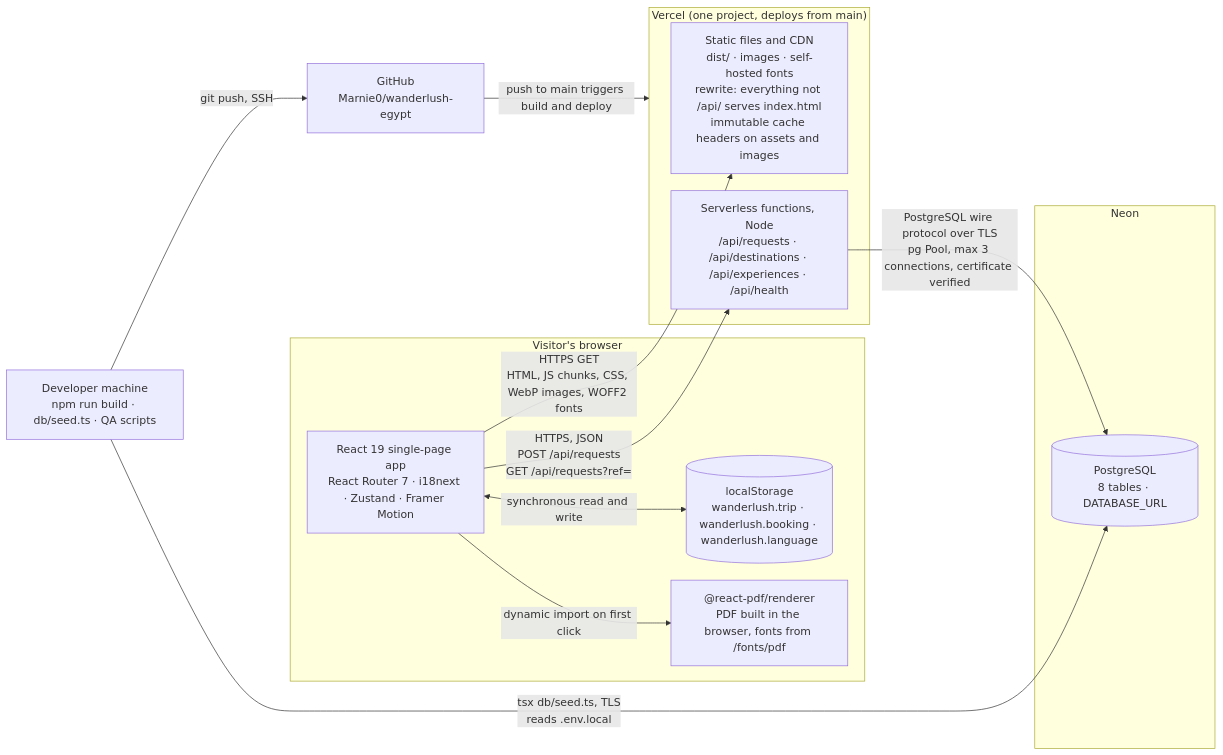
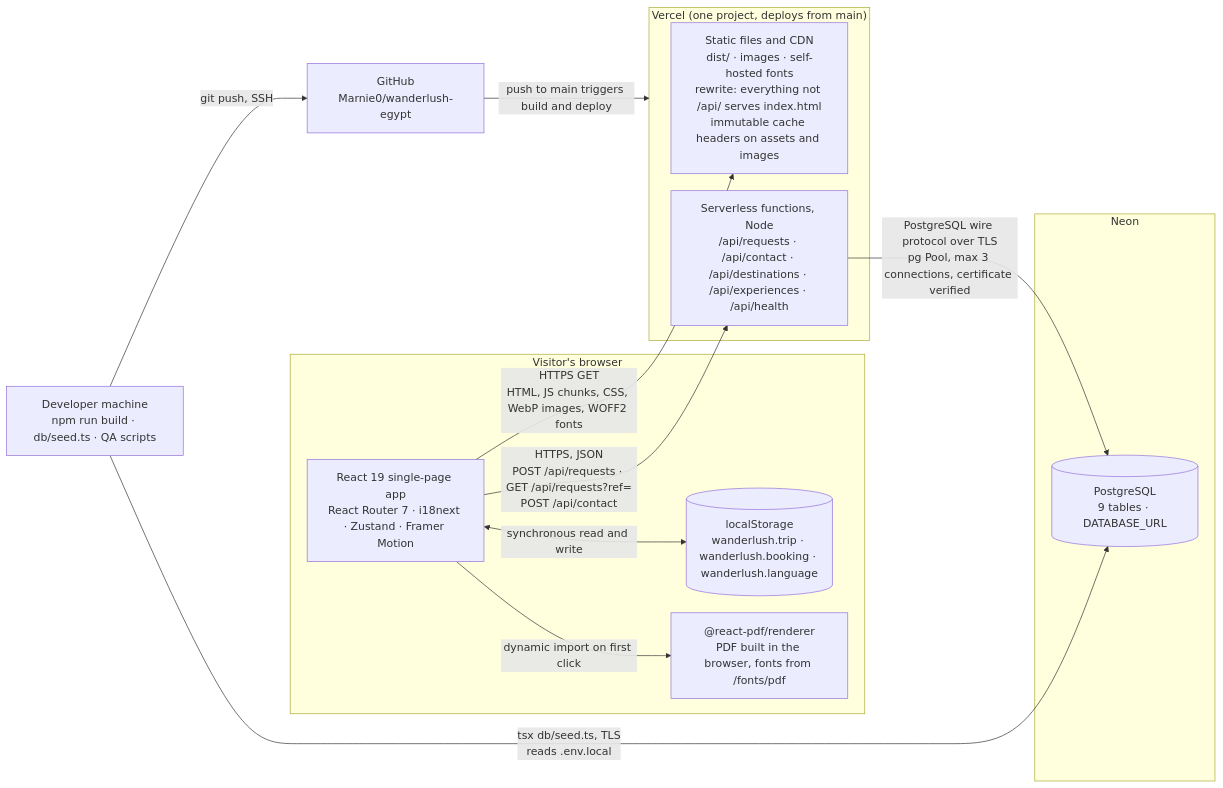
One commit to Marnie0/wanderlush-egypt changed the first of 2 diagrams in docs/case-study.md. Above: the diagram before and after it, drawn with Mermaid. The commit also changed other lines of this file and 25 other files, not shown here.

````diff
--- a/docs/case-study.md
+++ b/docs/case-study.md
@@ -40,30 +42,30 @@
 ```mermaid
 %%{init: {"flowchart": {"nodeSpacing": 25, "rankSpacing": 50}}}%%
 flowchart LR
   subgraph browser["Visitor's browser"]
     SPA["React 19 single-page app\nReact Router 7 · i18next · Zustand · Framer Motion"]
     LS[("localStorage\nwanderlush.trip · wanderlush.booking · wanderlush.language")]
     PDFR["@react-pdf/renderer\nPDF built in the browser, fonts from /fonts/pdf"]
   end
 
   subgraph vercel["Vercel (one project, deploys from main)"]
     CDN["Static files and CDN\ndist/ · images · self-hosted fonts\nrewrite: everything not /api/ serves index.html\nimmutable cache headers on assets and images"]
-    FN["Serverless functions, Node\n/api/requests · /api/destinations · /api/experiences · /api/health"]
+    FN["Serverless functions, Node\n/api/requests · /api/contact · /api/destinations · /api/experiences · /api/health"]
   end
 
   subgraph neon["Neon"]
-    PG[("PostgreSQL\n8 tables · DATABASE_URL")]
+    PG[("PostgreSQL\n9 tables · DATABASE_URL")]
   end
 
   GH["GitHub\nMarnie0/wanderlush-egypt"]
   DEV["Developer machine\nnpm run build · db/seed.ts · QA scripts"]
 
   SPA -- "HTTPS GET\nHTML, JS chunks, CSS, WebP images, WOFF2 fonts" --> CDN
-  SPA -- "HTTPS, JSON\nPOST /api/requests\nGET /api/requests?ref=" --> FN
+  SPA -- "HTTPS, JSON\nPOST /api/requests · GET /api/requests?ref=\nPOST /api/contact" --> FN
   SPA <-- "synchronous read and write" --> LS
   SPA -- "dynamic import on first click" --> PDFR
   FN -- "PostgreSQL wire protocol over TLS\npg Pool, max 3 connections, certificate verified" --> PG
   DEV -- "git push, SSH" --> GH
   GH -- "push to main triggers build and deploy" --> vercel
   DEV -- "tsx db/seed.ts, TLS\nreads .env.local" --> PG
 ```
````
